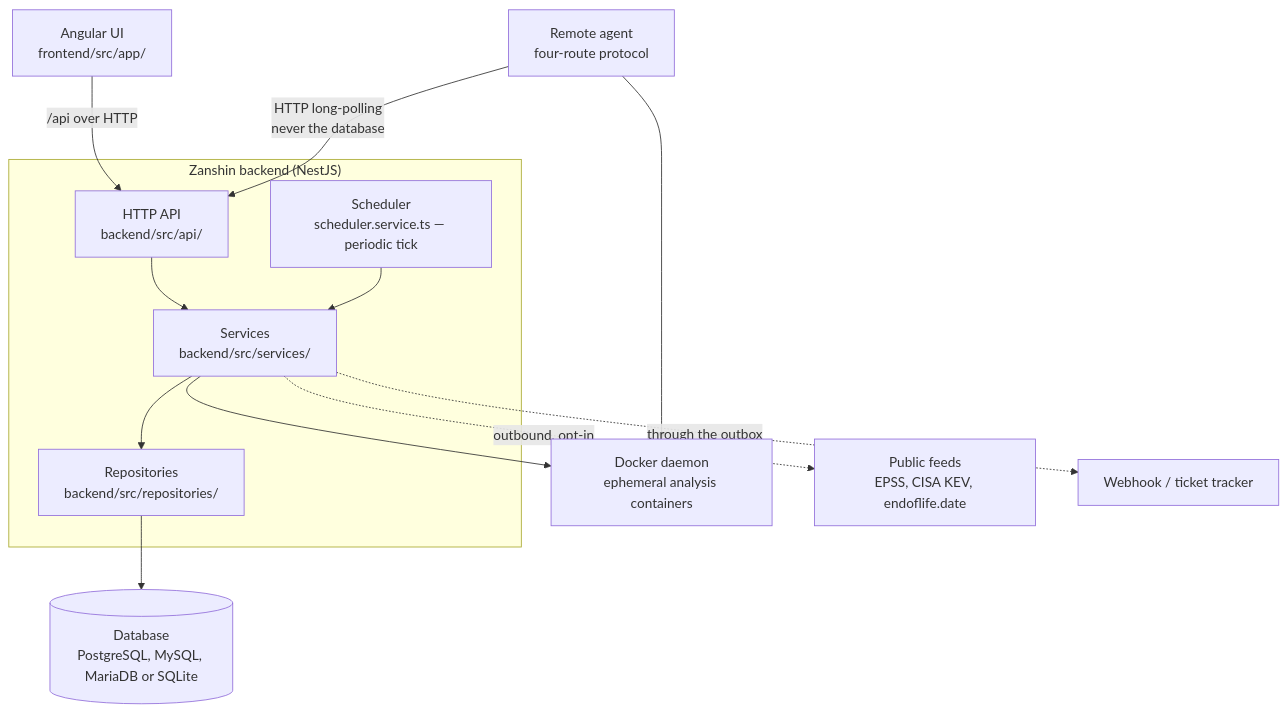
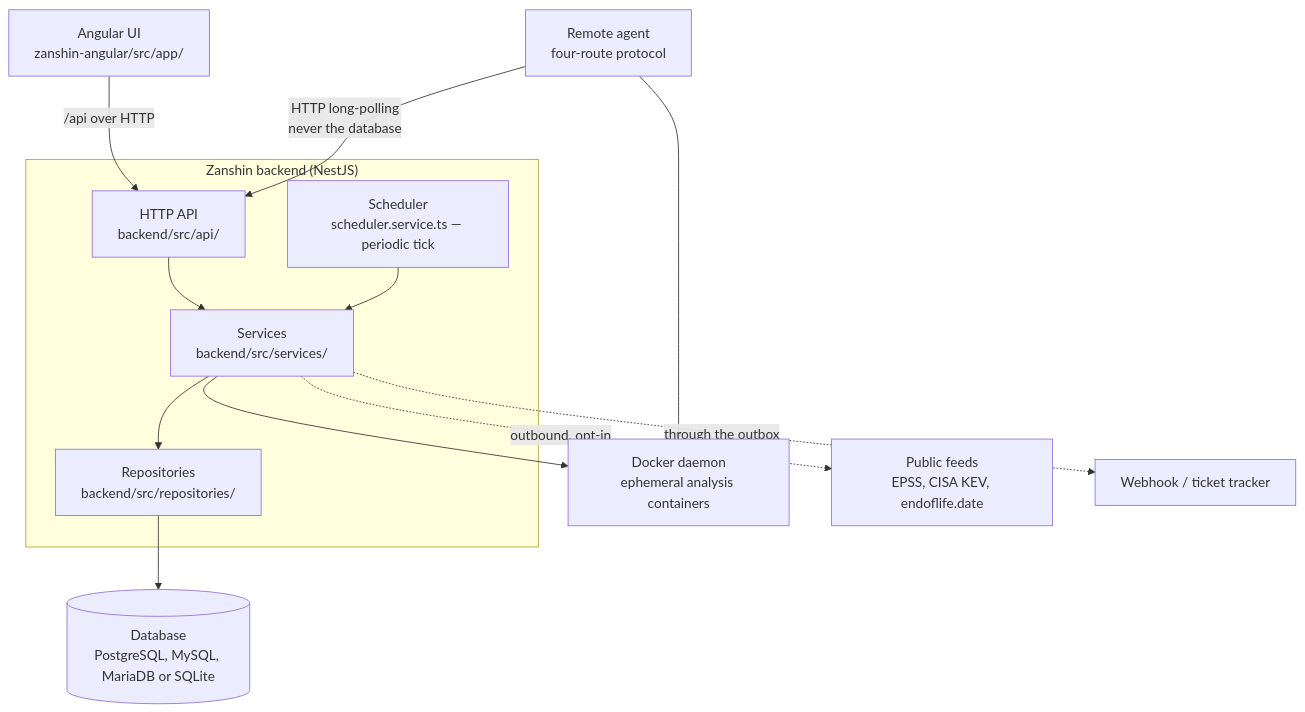
The first of 2 diagrams in docs/architecture/01-overview.md (asmolabs/vectispire), drawn with Mermaid before and after one commit. The commit also changed other lines of this file and 8 other files, not shown here.

````diff
--- a/docs/architecture/01-overview.md
+++ b/docs/architecture/01-overview.md
@@ -38,27 +38,27 @@
 ```mermaid
 flowchart TB
     subgraph proc["Zanshin backend (NestJS)"]
         API["HTTP API<br/>backend/src/api/"]
         SVC["Services<br/>backend/src/services/"]
         REPO["Repositories<br/>backend/src/repositories/"]
         SCHED["Scheduler<br/>scheduler.service.ts — periodic tick"]
     end
 
-    UI["Angular UI<br/>frontend/src/app/"]
+    UI["Angular UI<br/>zanshin-angular/src/app/"]
     DB[("Database<br/>PostgreSQL, MySQL, MariaDB or SQLite")]
     DOCKER["Docker daemon<br/>ephemeral analysis containers"]
     AGENT["Remote agent<br/>four-route protocol"]
     FEEDS["Public feeds<br/>EPSS, CISA KEV, endoflife.date"]
     HOOK["Webhook / ticket tracker"]
 
     UI -->|"/api over HTTP"| API
     API --> SVC
     SCHED --> SVC
     SVC --> REPO
     REPO --> DB
     SVC --> DOCKER
     SVC -.->|"outbound, opt-in"| FEEDS
     SVC -.->|"through the outbox"| HOOK
     AGENT -->|"HTTP long-polling<br/>never the database"| API
     AGENT --> DOCKER
 ```
````
